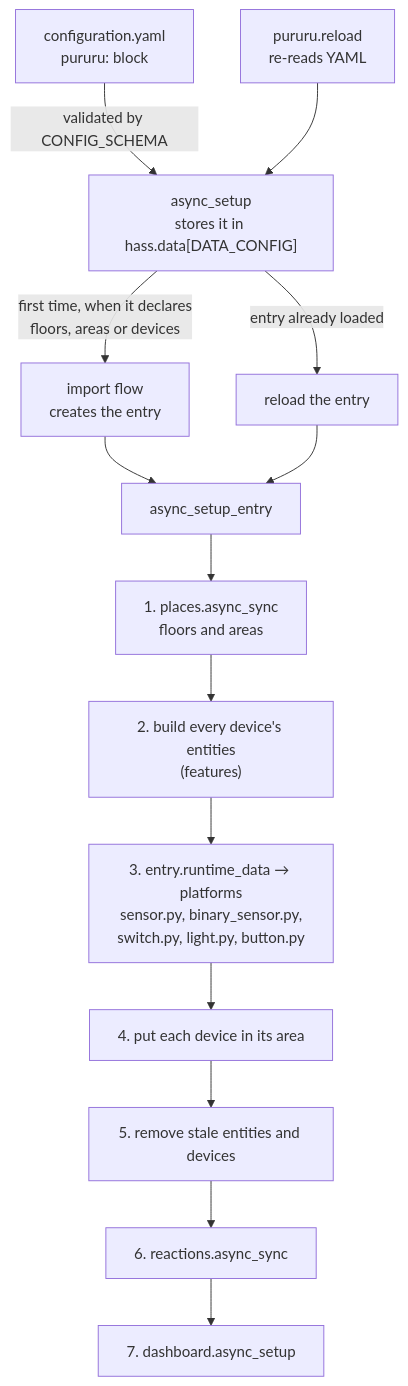
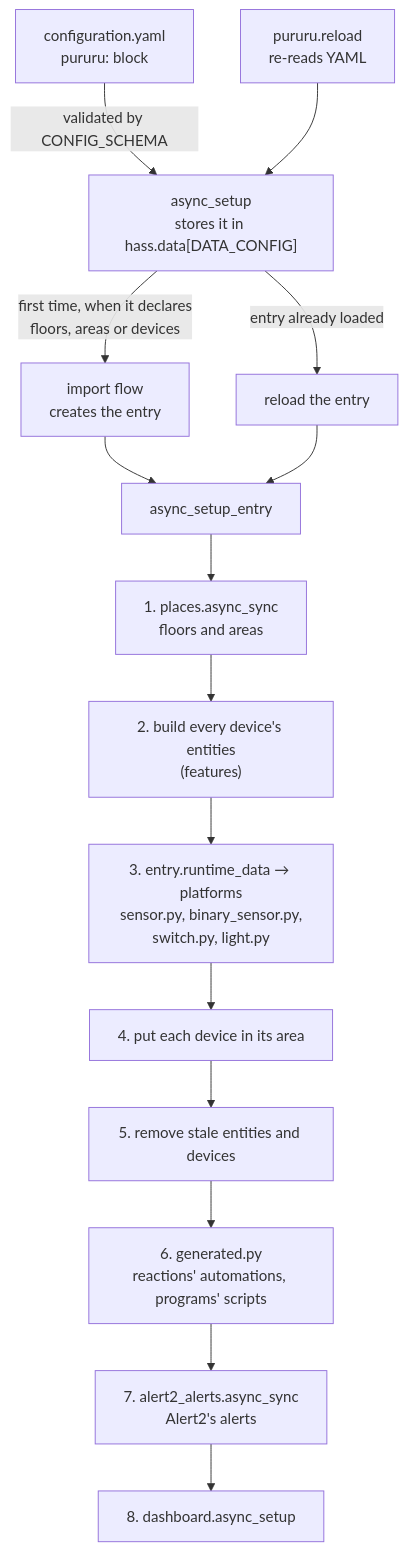
Before and after one commit to thatsnotmynameio/pururu-ha: the diagram in docs/develop/architecture.mdx, drawn with Mermaid. The commit also changed other lines of this file and 36 other files, not shown here.

First line of the commit message:
pururu: programs as Home Assistant scripts (0.1.15) (#23)

````diff
--- a/docs/develop/architecture.mdx
+++ b/docs/develop/architecture.mdx
@@ -10,16 +10,17 @@
 ```mermaid
 flowchart TD
     Y["configuration.yaml<br/>pururu: block"] -->|"validated by CONFIG_SCHEMA"| S["async_setup<br/>stores it in hass.data[DATA_CONFIG]"]
     S -->|"first time, when it declares<br/>floors, areas or devices"| F["import flow<br/>creates the entry"]
     S -->|"entry already loaded"| R["reload the entry"]
     F --> E
     R --> E
     RS["pururu.reload<br/>re-reads YAML"] --> S
     E["async_setup_entry"] --> P1["1. places.async_sync<br/>floors and areas"]
     P1 --> P2["2. build every device's entities<br/>(features)"]
-    P2 --> P3["3. entry.runtime_data → platforms<br/>sensor.py, binary_sensor.py,<br/>switch.py, light.py, button.py"]
+    P2 --> P3["3. entry.runtime_data → platforms<br/>sensor.py, binary_sensor.py,<br/>switch.py, light.py"]
     P3 --> P4["4. put each device in its area"]
     P4 --> P5["5. remove stale entities and devices"]
-    P5 --> P6["6. reactions.async_sync"]
-    P6 --> P7["7. dashboard.async_setup"]
+    P5 --> P6["6. generated.py<br/>reactions' automations, programs' scripts"]
+    P6 --> P7["7. alert2_alerts.async_sync<br/>Alert2's alerts"]
+    P7 --> P8["8. dashboard.async_setup"]
 ```
````
